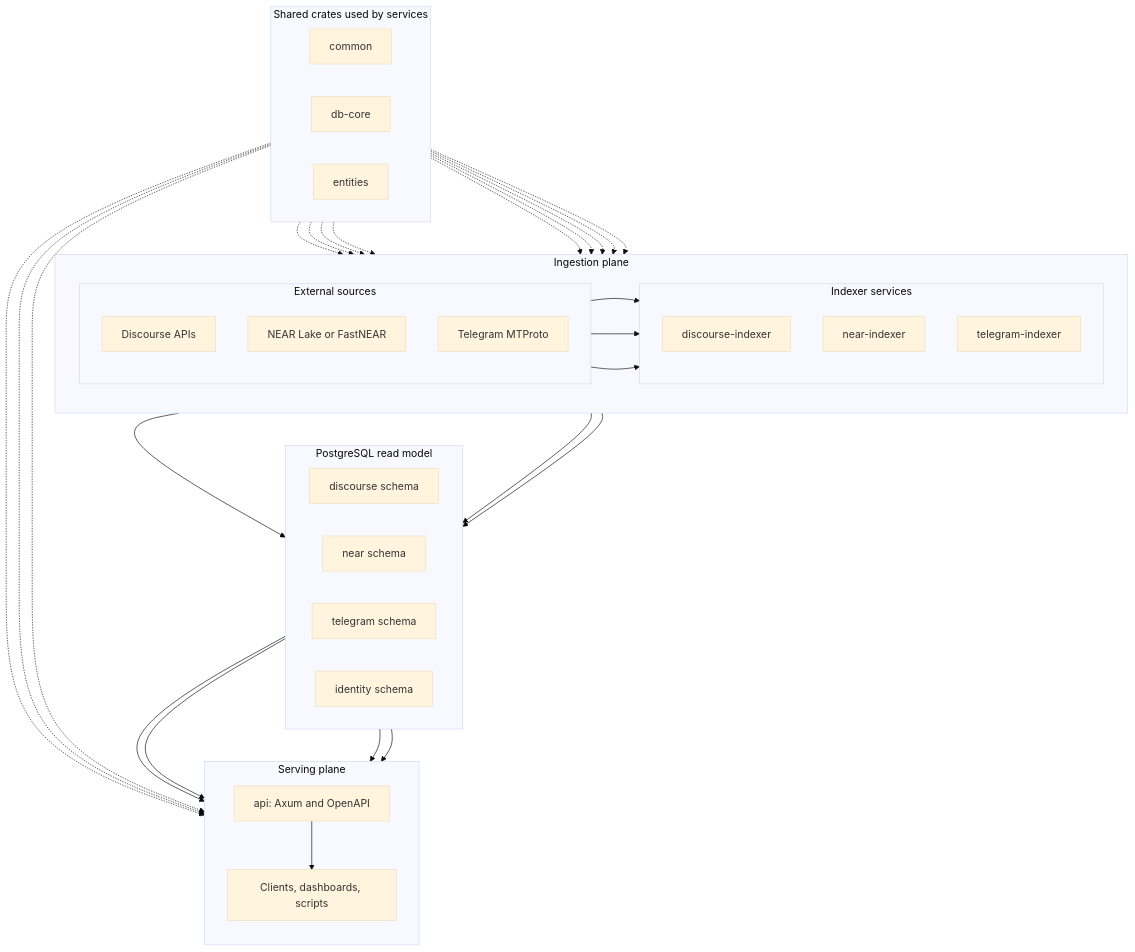
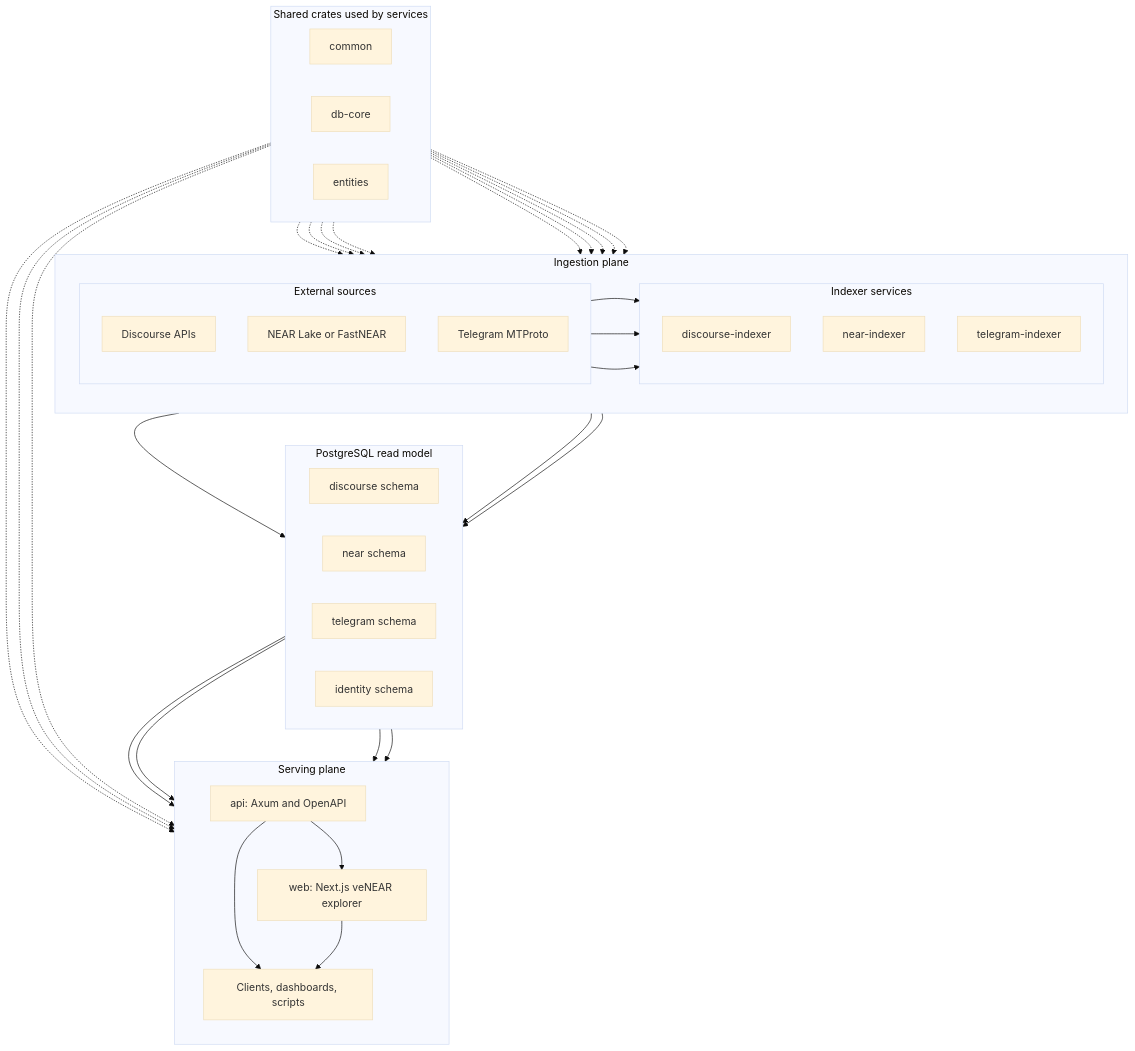
The diagram in docs/ARCHITECTURE.md (HackHumanityOrg/hos-api), drawn with Mermaid (base theme) before and after one commit. The commit also changed other lines of this file and 12 other files, not shown here.

````diff
--- a/docs/ARCHITECTURE.md
+++ b/docs/ARCHITECTURE.md
@@ -19,67 +23,70 @@
 ```mermaid
 flowchart TB
     subgraph INGEST["Ingestion plane"]
         direction LR
         subgraph SRC["External sources"]
             direction TB
             DIS["Discourse APIs"]
             NEAR["NEAR Lake or FastNEAR"]
             TG["Telegram MTProto"]
         end
 
         subgraph IDX["Indexer services"]
             direction TB
             DI["discourse-indexer"]
             NI["near-indexer"]
             TI["telegram-indexer"]
         end
     end
 
     subgraph STORE["PostgreSQL read model"]
         direction LR
         SD["discourse schema"]
         SN["near schema"]
         ST["telegram schema"]
         SI["identity schema"]
     end
 
     subgraph SERVE["Serving plane"]
         direction TB
         API_SVC["api: Axum and OpenAPI"]
+        WEB["web: Next.js veNEAR explorer"]
         CLIENTS["Clients, dashboards, scripts"]
     end
 
     subgraph SHARED["Shared crates used by services"]
         direction LR
         C["common"]
         DBC["db-core"]
         E["entities"]
     end
 
     DIS --> DI
     NEAR --> NI
     TG --> TI
 
     DI --> SD
     NI --> SN
     TI --> ST
 
     SD --> API_SVC
     SN --> API_SVC
     ST --> API_SVC
     SI --> API_SVC
+    API_SVC --> WEB
     API_SVC --> CLIENTS
+    WEB --> CLIENTS
 
     C -.-> DI
     C -.-> NI
     C -.-> TI
     C -.-> API_SVC
     DBC -.-> DI
     DBC -.-> NI
     DBC -.-> TI
     DBC -.-> API_SVC
     E -.-> DI
     E -.-> NI
     E -.-> TI
     E -.-> API_SVC
 ```
````
